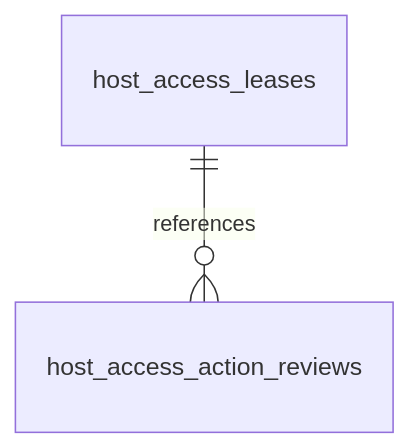
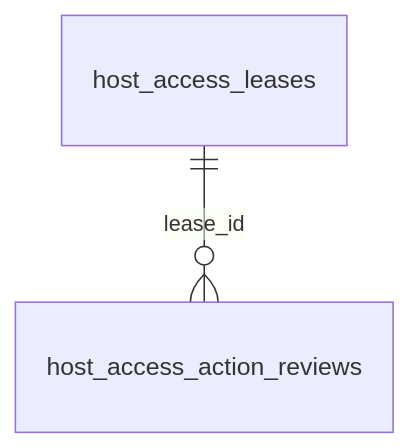
The diagram in docs/reference/data-model/host-access.md (cebertowicz/corsia), drawn with Mermaid before and after one commit. The commit also changed 10 other files, not shown here.

````diff
--- a/docs/reference/data-model/host-access.md
+++ b/docs/reference/data-model/host-access.md
@@ -7,4 +7,4 @@
 ```mermaid
 erDiagram
-    host_access_leases ||--o{ host_access_action_reviews : references
+    host_access_leases ||--o{ host_access_action_reviews : lease_id
 ```
````
